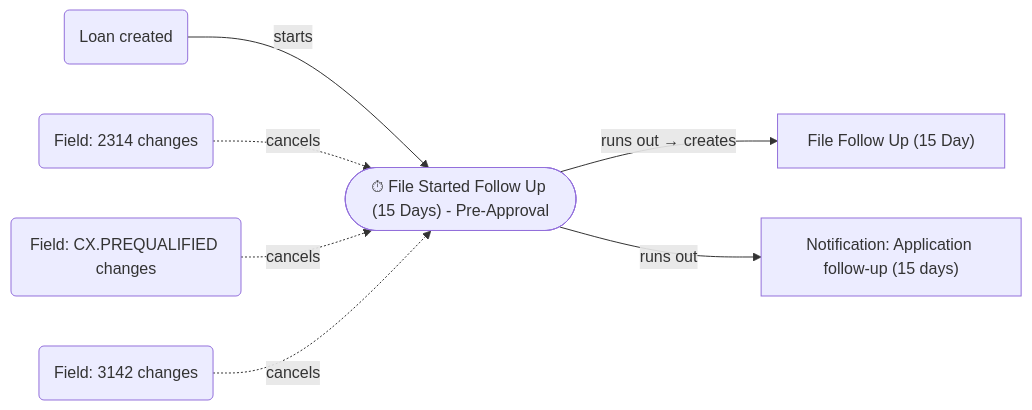
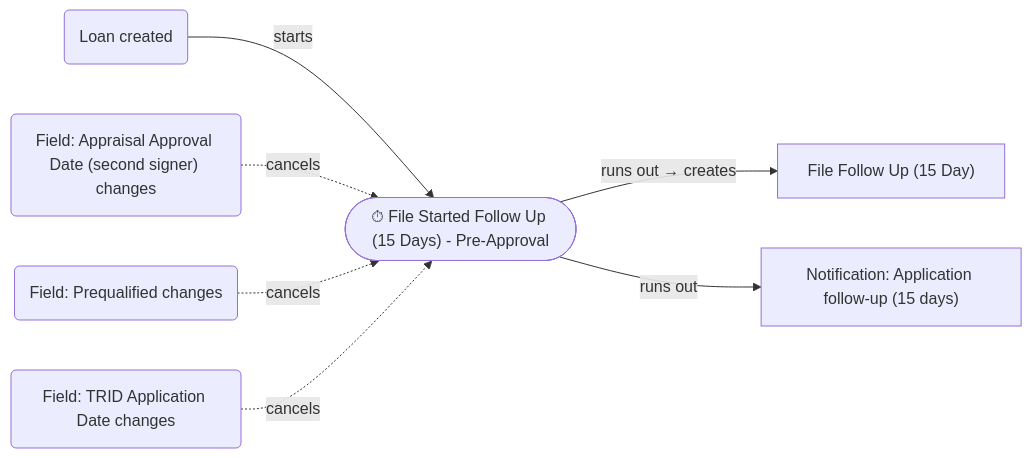
One commit to NewAige/mortgage-tasks changed diagram 17 of 24 in docs/RULES_MAP.md. Above: the diagram before and after it, drawn with Mermaid. The commit also changed other lines of this file and 4 other files, not shown here.

````diff
--- a/docs/RULES_MAP.md
+++ b/docs/RULES_MAP.md
@@ -923,18 +923,18 @@
 ```mermaid
 flowchart LR
     n1(["⏱ File Started Follow Up (15 Days) - Pre-Approval"])
     n2("Loan created")
-    n3("Field: 2314 changes")
-    n4("Field: CX.PREQUALIFIED changes")
-    n5("Field: 3142 changes")
+    n3("Field: Appraisal Approval Date (second signer) changes")
+    n4("Field: Prequalified changes")
+    n5("Field: TRID Application Date changes")
     n6["File Follow Up (15 Day)"]
     n7["Notification: Application follow-up (15 days)"]
     n2 -->|"starts"| n1
     n3 -.->|"cancels"| n1
     n4 -.->|"cancels"| n1
     n5 -.->|"cancels"| n1
     n1 -->|"runs out → creates"| n6
     n1 -->|"runs out"| n7
     classDef stub stroke-dasharray: 4 3
     classDef gap stroke-dasharray: 2 4
 ```
````
